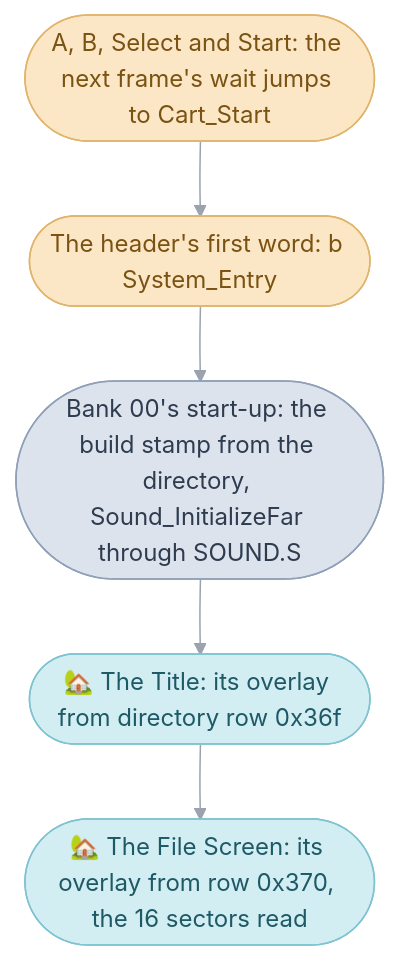
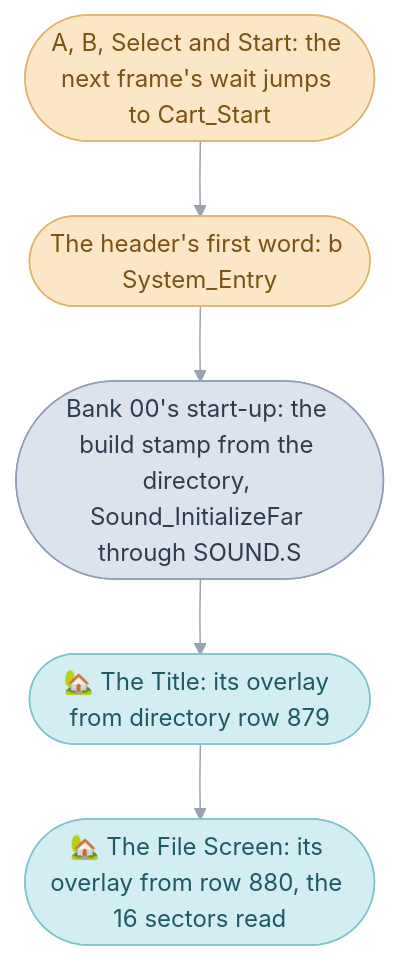
The fifth of 5 diagrams in games/tbs/src/gamepak/README.md (PascalPixel/alchemy), drawn with Mermaid before and after one commit. The commit also changed other lines of this file and 12 other files, not shown here.

First line of the commit message:
☀️ Game Pak, sound and graphics: hexadecimal numbers named or in decimal

````diff
--- a/games/tbs/src/gamepak/README.md
+++ b/games/tbs/src/gamepak/README.md
@@ -415,14 +415,14 @@
 ```mermaid
 %%{init: {"theme": "base", "themeVariables": {"lineColor": "#9AA3AE", "edgeLabelBackground": "#FFFFFF"}, "flowchart": {"curve": "basis", "padding": 12}}}%%
 flowchart TD
   keys(["A, B, Select and Start: the next frame's wait jumps to Cart_Start"]) --> header(["The header's first word: b System_Entry"])
   header --> startup(["Bank 00's start-up: the build stamp from the directory, Sound_InitializeFar through SOUND.S"])
-  startup --> title(["🏡 The Title: its overlay from directory row 0x36f"])
-  title --> files(["🏡 The File Screen: its overlay from row 0x370, the 16 sectors read"])
+  startup --> title(["🏡 The Title: its overlay from directory row 879"])
+  title --> files(["🏡 The File Screen: its overlay from row 880, the 16 sectors read"])
   classDef hardware fill:#FBE7C6,stroke:#E0B46A,color:#7A5212
   classDef image fill:#DDE3EC,stroke:#8FA0B8,color:#2E3C50
   classDef sequence fill:#D2EEF3,stroke:#7FC3D0,color:#1E5966
   class keys,header hardware
   class startup image
   class title,files sequence
 ```
````
